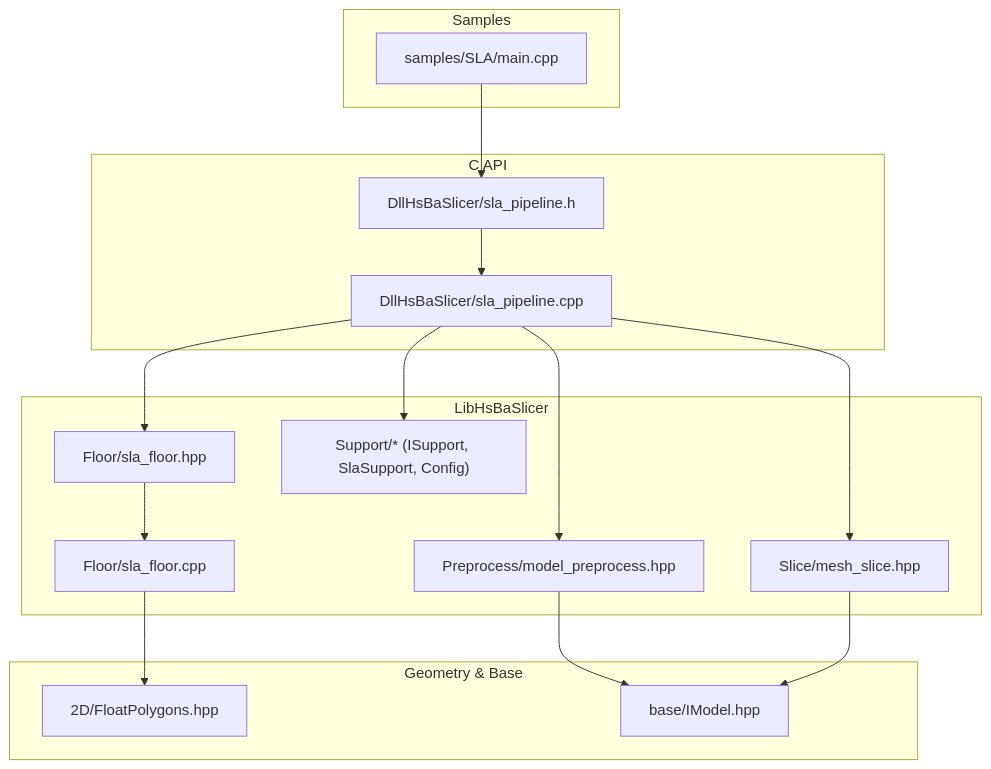
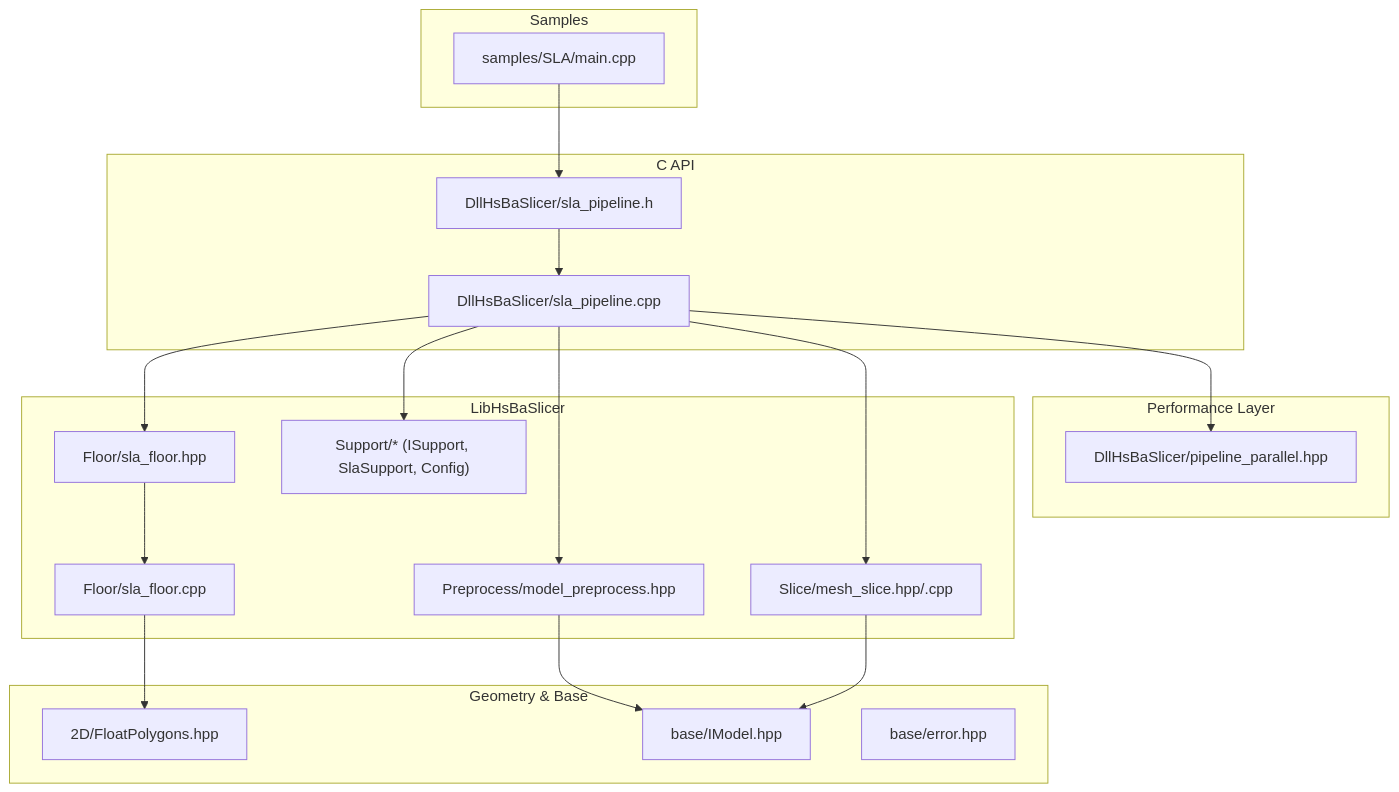
One commit to hsmbanlance/HsBaSlicer changed the first of 11 diagrams in .qoder/repowiki/en/content/Core Architecture/SLA Slicing Pipeline.md. Above: the diagram before and after it, drawn with Mermaid. The commit also changed other lines of this file and 20 other files, not shown here.

````diff
--- a/.qoder/repowiki/en/content/Core Architecture/SLA Slicing Pipeline.md
+++ b/.qoder/repowiki/en/content/Core Architecture/SLA Slicing Pipeline.md
@@ -45,31 +58,36 @@
 ```mermaid
 graph TB
 subgraph "C API"
 A["DllHsBaSlicer/sla_pipeline.h"]
 B["DllHsBaSlicer/sla_pipeline.cpp"]
 end
+subgraph "Performance Layer"
+P["DllHsBaSlicer/pipeline_parallel.hpp"]
+end
 subgraph "LibHsBaSlicer"
 C["Preprocess/model_preprocess.hpp"]
-D["Slice/mesh_slice.hpp"]
+D["Slice/mesh_slice.hpp/.cpp"]
 E["Floor/sla_floor.hpp"]
 F["Floor/sla_floor.cpp"]
 G["Support/* (ISupport, SlaSupport, Config)"]
 end
 subgraph "Geometry & Base"
 H["2D/FloatPolygons.hpp"]
 I["base/IModel.hpp"]
+J["base/error.hpp"]
 end
 subgraph "Samples"
-J["samples/SLA/main.cpp"]
+K["samples/SLA/main.cpp"]
 end
 A --> B
+B --> P
 B --> C
 B --> D
 B --> E
 B --> G
 E --> F
 F --> H
 C --> I
 D --> I
-J --> A
+K --> A
 ```
````
